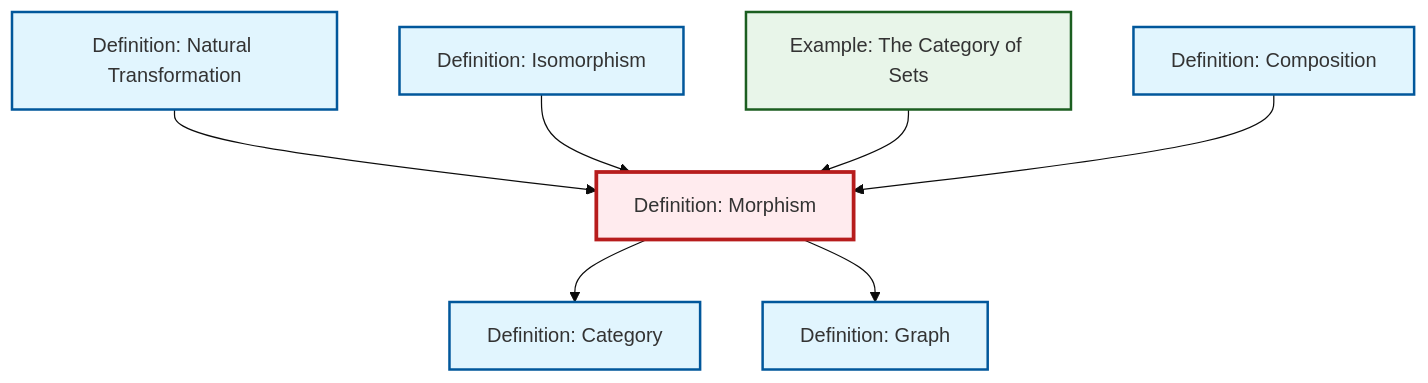
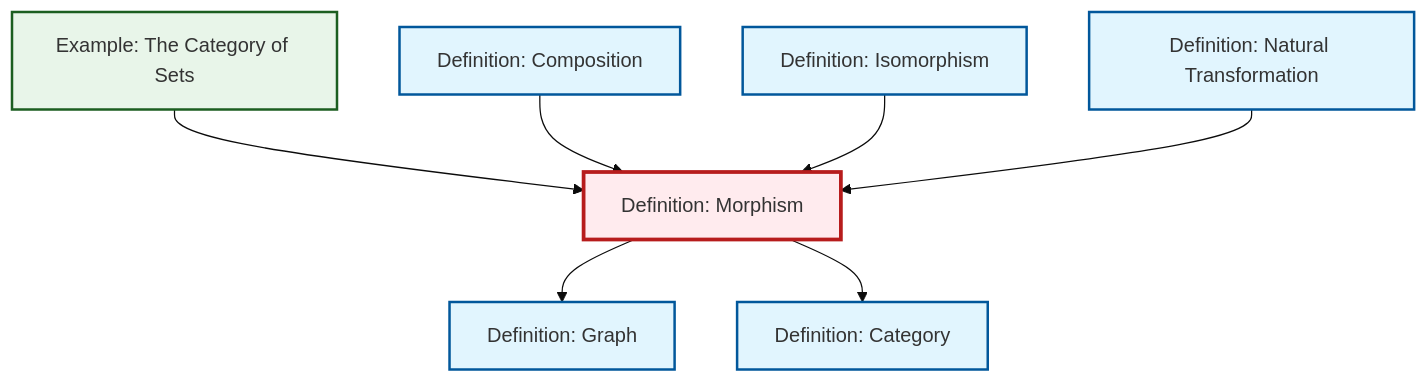
The diagram in content/en/category-theory/def-morphism.qmd (RK0429/ModernMath), drawn with Mermaid (base theme) before and after one commit. The commit also changed other lines of this file and 531 other files, not shown here.

````diff
--- a/content/en/category-theory/def-morphism.qmd
+++ b/content/en/category-theory/def-morphism.qmd
@@ -56,29 +56,29 @@
 ```{mermaid}
 %%| fig-cap: "Local dependency graph"
 graph TD
     classDef definition fill:#e1f5fe,stroke:#01579b,stroke-width:2px
     classDef theorem fill:#f3e5f5,stroke:#4a148c,stroke-width:2px
     classDef axiom fill:#fff3e0,stroke:#e65100,stroke-width:2px
     classDef example fill:#e8f5e9,stroke:#1b5e20,stroke-width:2px
     classDef current fill:#ffebee,stroke:#b71c1c,stroke-width:3px
     def-natural-transformation["Definition: Natural Transformation"]:::definition
-    ex-set-category["Example: The Category of Sets"]:::example
     def-morphism["Definition: Morphism"]:::definition
     def-category["Definition: Category"]:::definition
+    ex-set-category["Example: The Category of Sets"]:::example
     def-composition["Definition: Composition"]:::definition
     def-graph["Definition: Graph"]:::definition
     def-isomorphism["Definition: Isomorphism"]:::definition
+    ex-set-category --> def-morphism
+    def-composition --> def-morphism
+    def-morphism --> def-graph
+    def-isomorphism --> def-morphism
+    def-morphism --> def-category
     def-natural-transformation --> def-morphism
-    def-morphism --> def-category
-    def-isomorphism --> def-morphism
-    ex-set-category --> def-morphism
-    def-morphism --> def-graph
-    def-composition --> def-morphism
     class def-morphism current
     click def-natural-transformation "def-natural-transformation.html" "Go to Natural Transformation definition"
+    click def-category "def-category.html" "Go to Category definition"
     click ex-set-category "ex-set-category.html" "Go to The Category of Sets example"
-    click def-category "def-category.html" "Go to Category definition"
     click def-composition "def-composition.html" "Go to Composition definition"
     click def-graph "def-graph.html" "Go to Graph definition"
     click def-isomorphism "def-isomorphism.html" "Go to Isomorphism definition"
 ```
````
